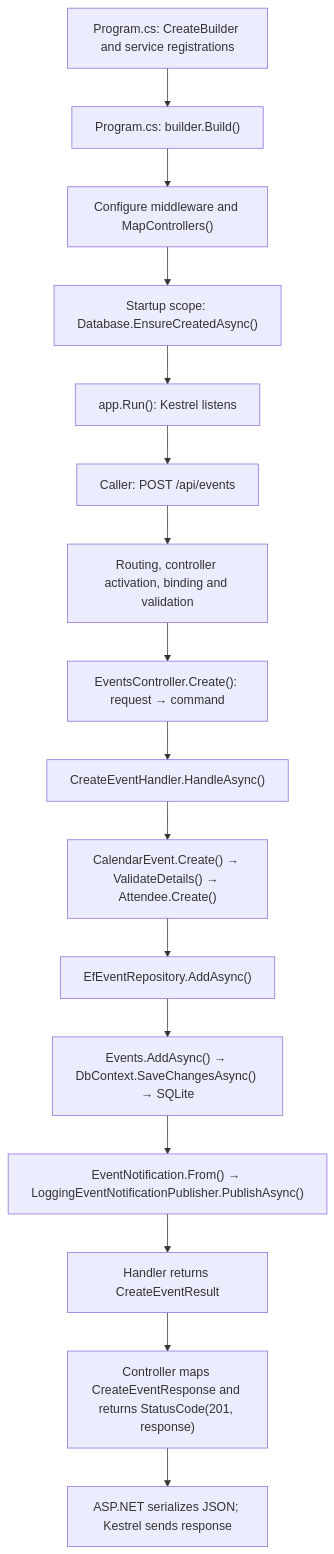
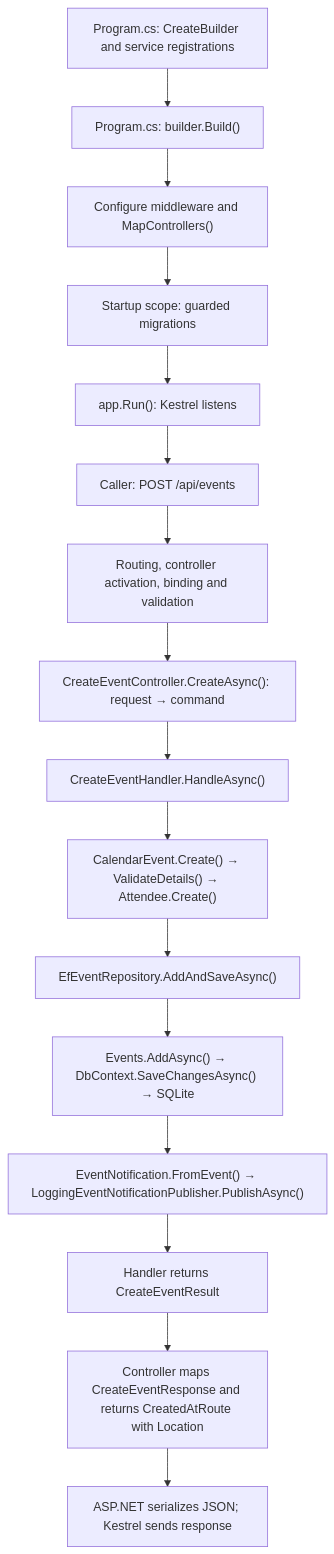
One commit to krebisz/AppointmentScheduler changed the third of 4 diagrams in TECHNICAL_REFERENCE.md. Above: the diagram before and after it, drawn with Mermaid. The commit also changed other lines of this file and 175 other files, not shown here.

````diff
--- a/TECHNICAL_REFERENCE.md
+++ b/TECHNICAL_REFERENCE.md
@@ -314,18 +321,18 @@
 ```mermaid
 flowchart TD
     A["Program.cs: CreateBuilder and service registrations"] --> B["Program.cs: builder.Build()"]
     B --> C["Configure middleware and MapControllers()"]
-    C --> D["Startup scope: Database.EnsureCreatedAsync()"]
+    C --> D["Startup scope: guarded migrations"]
     D --> E["app.Run(): Kestrel listens"]
     E --> F["Caller: POST /api/events"]
     F --> G["Routing, controller activation, binding and validation"]
-    G --> H["EventsController.Create(): request → command"]
+    G --> H["CreateEventController.CreateAsync(): request → command"]
     H --> I["CreateEventHandler.HandleAsync()"]
     I --> J["CalendarEvent.Create() → ValidateDetails() → Attendee.Create()"]
-    J --> K["EfEventRepository.AddAsync()"]
+    J --> K["EfEventRepository.AddAndSaveAsync()"]
     K --> L["Events.AddAsync() → DbContext.SaveChangesAsync() → SQLite"]
-    L --> M["EventNotification.From() → LoggingEventNotificationPublisher.PublishAsync()"]
+    L --> M["EventNotification.FromEvent() → LoggingEventNotificationPublisher.PublishAsync()"]
     M --> N["Handler returns CreateEventResult"]
-    N --> O["Controller maps CreateEventResponse and returns StatusCode(201, response)"]
+    N --> O["Controller maps CreateEventResponse and returns CreatedAtRoute with Location"]
     O --> P["ASP.NET serializes JSON; Kestrel sends response"]
 ```
````
